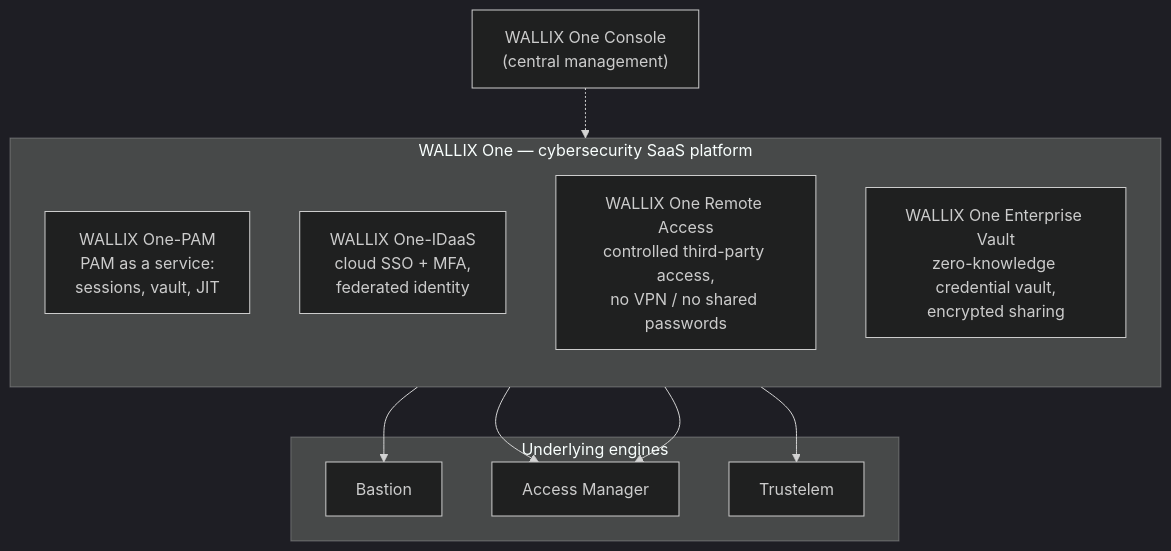
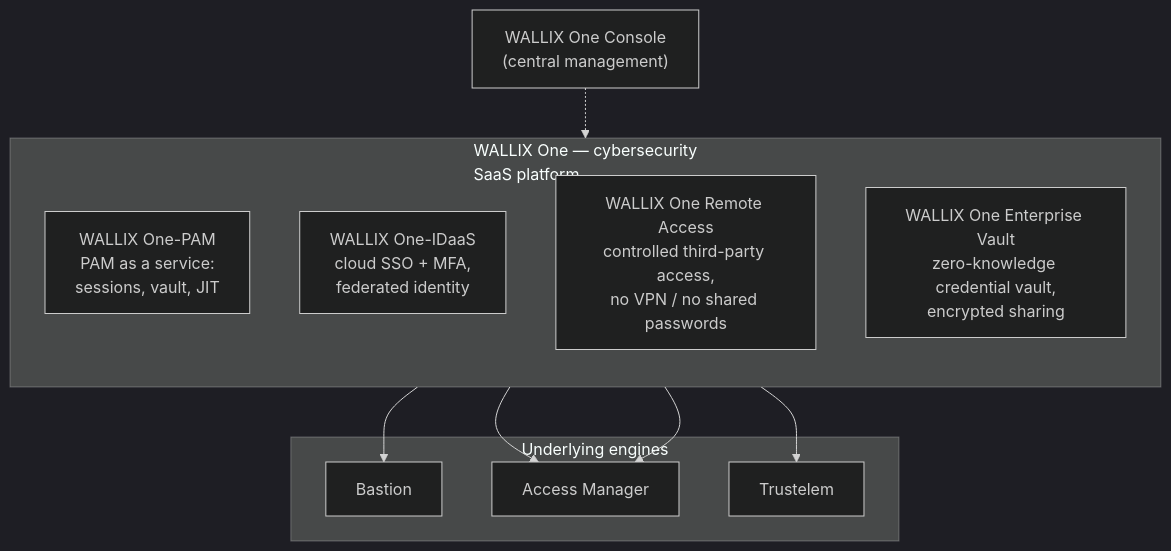
Before and after one commit to morandeirachema/WallixCerts: the first of 3 diagrams in certs/wallix/deep-dives/wallix-one-and-integrations.md, drawn with Mermaid (dark theme). The commit also changed 35 other files, not shown here.

First line of the commit message:
Tidy Mermaid boxes: balanced wrapping at a narrower width (36)

````diff
--- a/certs/wallix/deep-dives/wallix-one-and-integrations.md
+++ b/certs/wallix/deep-dives/wallix-one-and-integrations.md
@@ -78,24 +78,24 @@
 ```mermaid
 flowchart TB
-    subgraph one["WALLIX One — cybersecurity SaaS platform"]
+    subgraph one["WALLIX One — cybersecurity<br/>SaaS platform"]
         direction TB
         PAM["WALLIX One-PAM<br/>PAM as a service:<br/>sessions, vault, JIT"]
         IDAAS["WALLIX One-IDaaS<br/>cloud SSO + MFA,<br/>federated identity"]
         RA["WALLIX One Remote Access<br/>controlled third-party access,<br/>no VPN / no shared passwords"]
         VAULT["WALLIX One Enterprise Vault<br/>zero-knowledge credential vault,<br/>encrypted sharing"]
     end
 
     subgraph eng["Underlying engines"]
         BAS["Bastion"]
         WAM["Access Manager"]
         TRU["Trustelem"]
     end
 
     CONSOLE["WALLIX One Console<br/>(central management)"]
 
     PAM --> BAS
     PAM --> WAM
     RA --> WAM
     IDAAS --> TRU
     CONSOLE -.-> one
 ```
````
